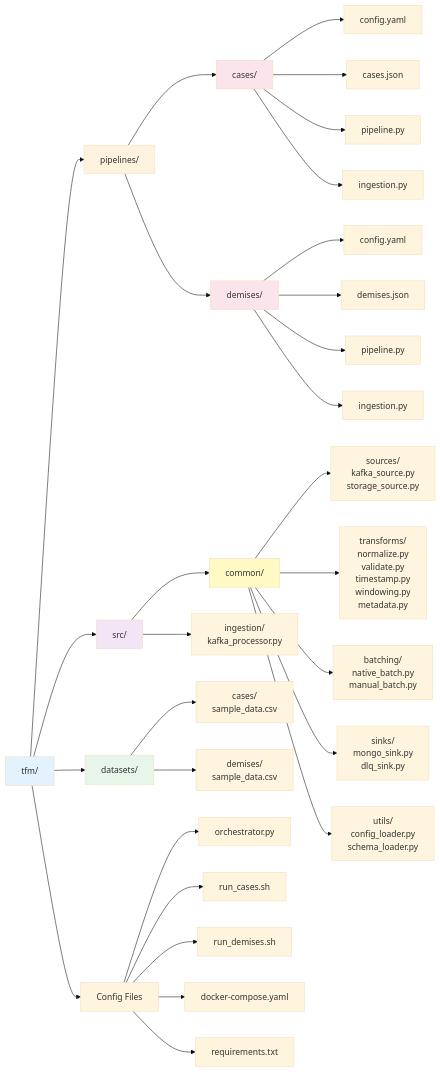
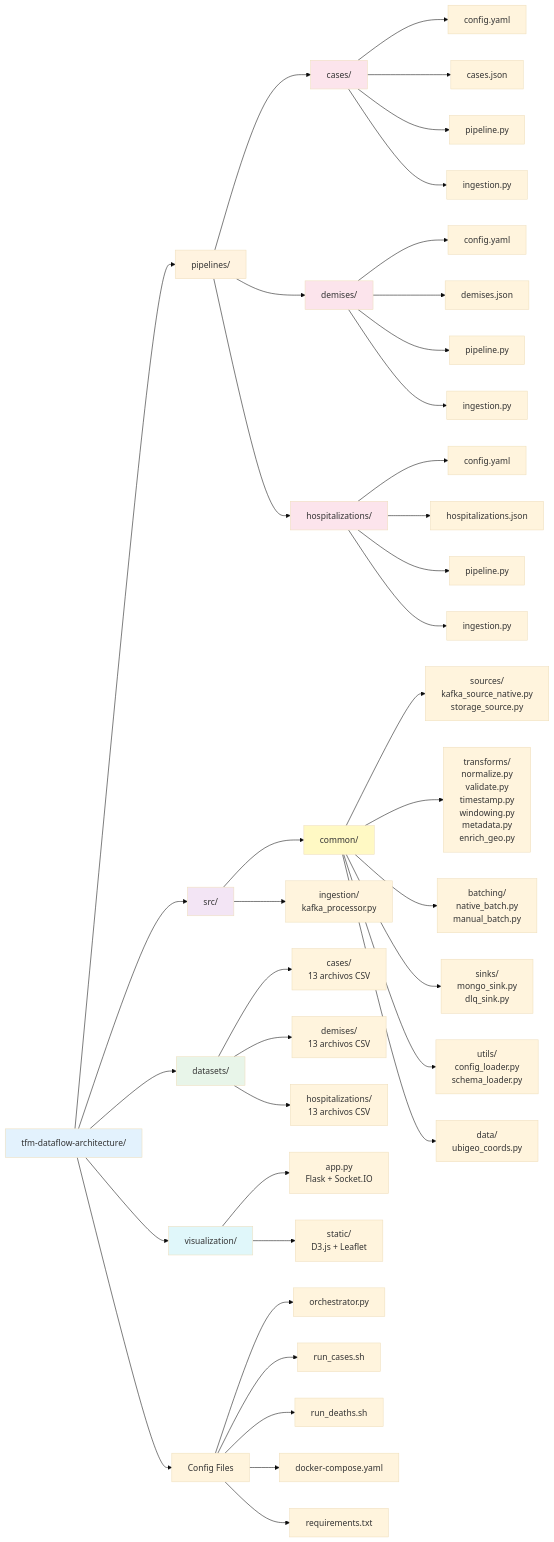
Before and after one commit to arthur8davis/tfm-dataflow-architecture: the third of 9 diagrams in README.md, drawn with Mermaid (base theme). The commit also changed other lines of this file and 9 other files, not shown here.

````diff
--- a/README.md
+++ b/README.md
@@ -135,46 +153,60 @@
 ```mermaid
 graph LR
-    Root[tfm/] --> Pipelines[pipelines/]
+    Root[tfm-dataflow-architecture/] --> Pipelines[pipelines/]
     Root --> Src[src/]
     Root --> Datasets[datasets/]
+    Root --> Viz[visualization/]
     Root --> Config[Config Files]
 
     Pipelines --> Cases[cases/]
-    Pipelines --> Deaths[demises/]
+    Pipelines --> Demises[demises/]
+    Pipelines --> Hospitals[hospitalizations/]
 
     Cases --> C_Config[config.yaml]
     Cases --> C_Schema[cases.json]
     Cases --> C_Pipeline[pipeline.py]
     Cases --> C_Ingestion[ingestion.py]
 
-    Deaths --> D_Config[config.yaml]
-    Deaths --> D_Schema[demises.json]
-    Deaths --> D_Pipeline[pipeline.py]
-    Deaths --> D_Ingestion[ingestion.py]
+    Demises --> D_Config[config.yaml]
+    Demises --> D_Schema[demises.json]
+    Demises --> D_Pipeline[pipeline.py]
+    Demises --> D_Ingestion[ingestion.py]
+
+    Hospitals --> H_Config[config.yaml]
+    Hospitals --> H_Schema[hospitalizations.json]
+    Hospitals --> H_Pipeline[pipeline.py]
+    Hospitals --> H_Ingestion[ingestion.py]
 
     Src --> Common[common/]
-    Common --> Sources[sources/<br/>kafka_source.py<br/>storage_source.py]
-    Common --> Transforms[transforms/<br/>normalize.py<br/>validate.py<br/>timestamp.py<br/>windowing.py<br/>metadata.py]
+    Common --> Sources[sources/<br/>kafka_source_native.py<br/>storage_source.py]
+    Common --> Transforms[transforms/<br/>normalize.py<br/>validate.py<br/>timestamp.py<br/>windowing.py<br/>metadata.py<br/>enrich_geo.py]
     Common --> Batching[batching/<br/>native_batch.py<br/>manual_batch.py]
     Common --> Sinks[sinks/<br/>mongo_sink.py<br/>dlq_sink.py]
     Common --> Utils[utils/<br/>config_loader.py<br/>schema_loader.py]
+    Common --> Data[data/<br/>ubigeo_coords.py]
 
     Src --> Ingestion[ingestion/<br/>kafka_processor.py]
 
-    Datasets --> DS_Cases[cases/<br/>sample_data.csv]
-    Datasets --> DS_Deaths[demises/<br/>sample_data.csv]
+    Datasets --> DS_Cases[cases/<br/>13 archivos CSV]
+    Datasets --> DS_Demises[demises/<br/>13 archivos CSV]
+    Datasets --> DS_Hospitals[hospitalizations/<br/>13 archivos CSV]
+
+    Viz --> VizApp[app.py<br/>Flask + Socket.IO]
+    Viz --> VizStatic[static/<br/>D3.js + Leaflet]
 
     Config --> Orchestrator[orchestrator.py]
     Config --> RunCases[run_cases.sh]
-    Config --> RunDemises[run_demises.sh]
+    Config --> RunDeaths[run_deaths.sh]
     Config --> Docker[docker-compose.yaml]
     Config --> Reqs[requirements.txt]
 
     style Root fill:#e3f2fd
     style Pipelines fill:#fff3e0
     style Src fill:#f3e5f5
     style Datasets fill:#e8f5e9
     style Common fill:#fff9c4
     style Cases fill:#fce4ec
-    style Deaths fill:#fce4ec
+    style Demises fill:#fce4ec
+    style Hospitals fill:#fce4ec
+    style Viz fill:#e0f7fa
 ```
````
